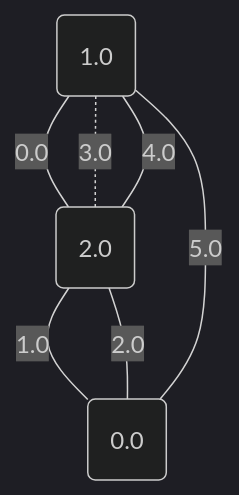
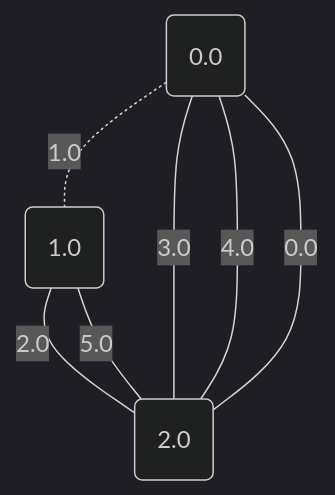
Before and after one commit to metury/graphs: the fourth of 5 diagrams in project/src/testing/minCut.md, drawn with Mermaid (dark theme). The commit also changed other lines of this file and 2 other files, not shown here.

````diff
--- a/project/src/testing/minCut.md
+++ b/project/src/testing/minCut.md
@@ -66,12 +66,12 @@
 ```mermaid
 graph TD;
 0("0.0");
 1("1.0");
 2("2.0");
-	1 -- "0.0" --- 2;
-	2 -- "1.0" --- 0;
-	2 -- "2.0" --- 0;
-	2 -. "3.0" -.- 1;
-	2 -- "4.0" --- 1;
-	1 -- "5.0" --- 0;
+	2 -- "0.0" --- 0;
+	0 -. "1.0" -.- 1;
+	1 -- "2.0" --- 2;
+	0 -- "3.0" --- 2;
+	0 -- "4.0" --- 2;
+	1 -- "5.0" --- 2;
 ```
````
